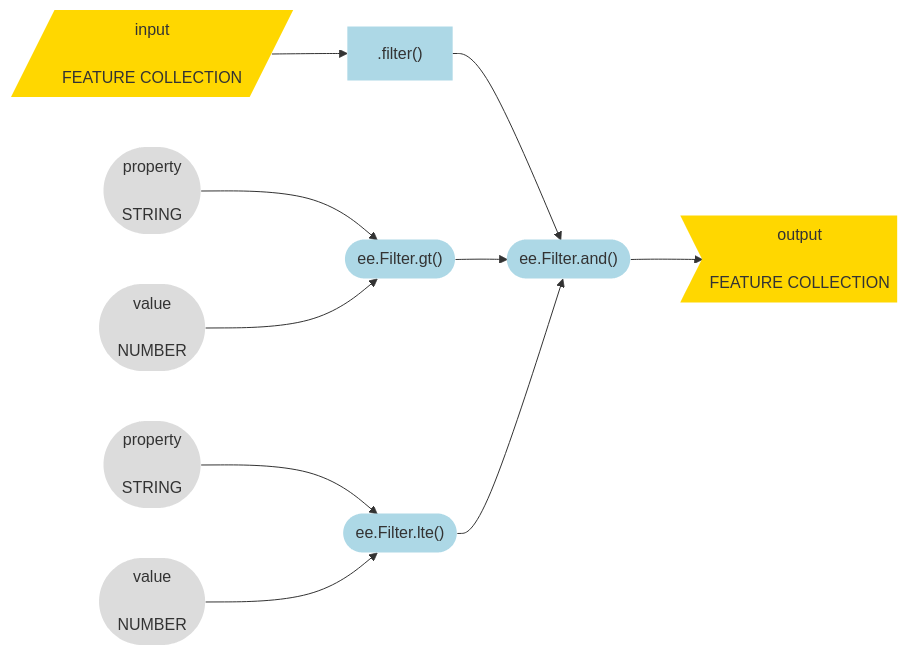
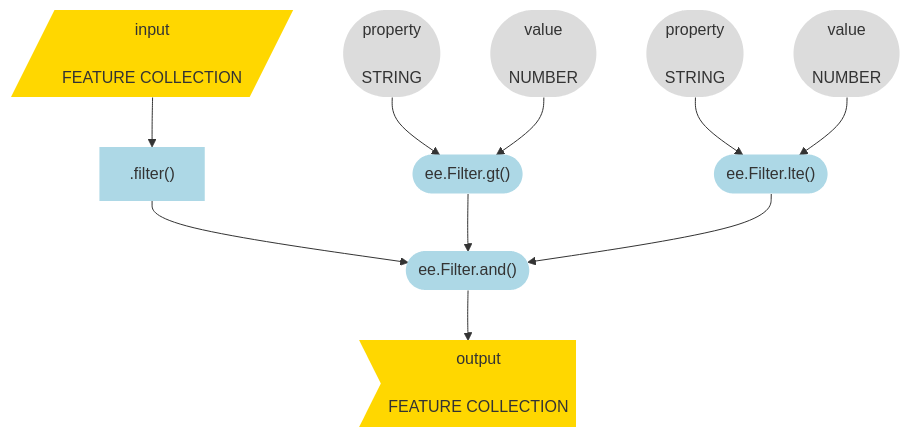
One commit to jeffhowarth/eeprimer changed diagram 16 of 17 in src/workflows/grassland_bird_habitat.md. Above: the diagram before and after it, drawn with Mermaid. The commit also changed other lines of this file and 4 other files, not shown here.

````diff
--- a/src/workflows/grassland_bird_habitat.md
+++ b/src/workflows/grassland_bird_habitat.md
@@ -655,28 +682,28 @@
 ``` mermaid
-graph LR
+graph TD
   input[/input\n\nFEATURE COLLECTION/] --> method1[".filter()"];
   method1 --> method2(["ee.Filter.and()"])
 
   method3(["ee.Filter.gt()"]) --> method2;
   method4(["ee.Filter.lte()"]) --> method2;
 
   arg_att1([property\n\nSTRING]) -->method3;
   arg_att2([value\n\nNUMBER]) -->method3;
 
   arg_att3([property\n\nSTRING]) -->method4;
   arg_att4([value\n\nNUMBER]) -->method4;
 
   method2 --> output>output\n\nFEATURE COLLECTION];
 
 
   style input fill:#FFD700,stroke-width:0px  
   style method1 fill:#ADD8E6,stroke-width:0px
   style method2 fill:#ADD8E6,stroke-width:0px
   style method3 fill:#ADD8E6,stroke-width:0px
   style method4 fill:#ADD8E6,stroke-width:0px
   style output fill:#FFD700,stroke-width:0px
   style arg_att1 fill:#DCDCDC,stroke-width:0px
   style arg_att2 fill:#DCDCDC,stroke-width:0px
   style arg_att3 fill:#DCDCDC,stroke-width:0px
   style arg_att4 fill:#DCDCDC,stroke-width:0px
 ```
````
